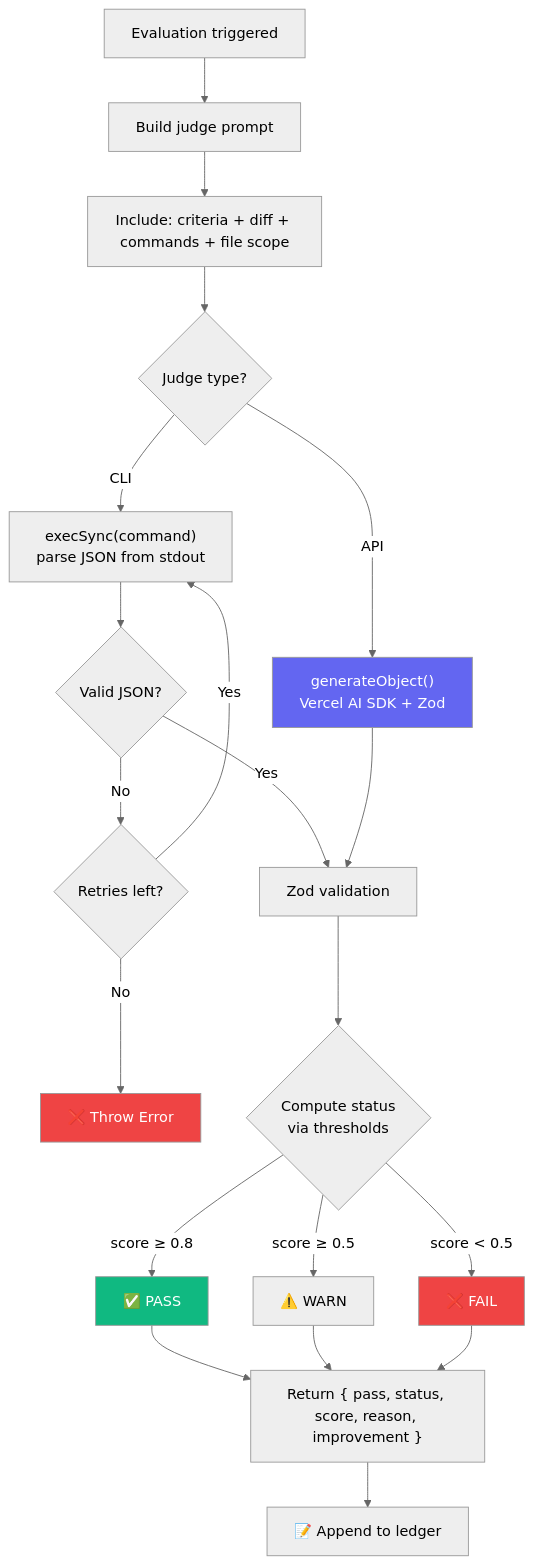
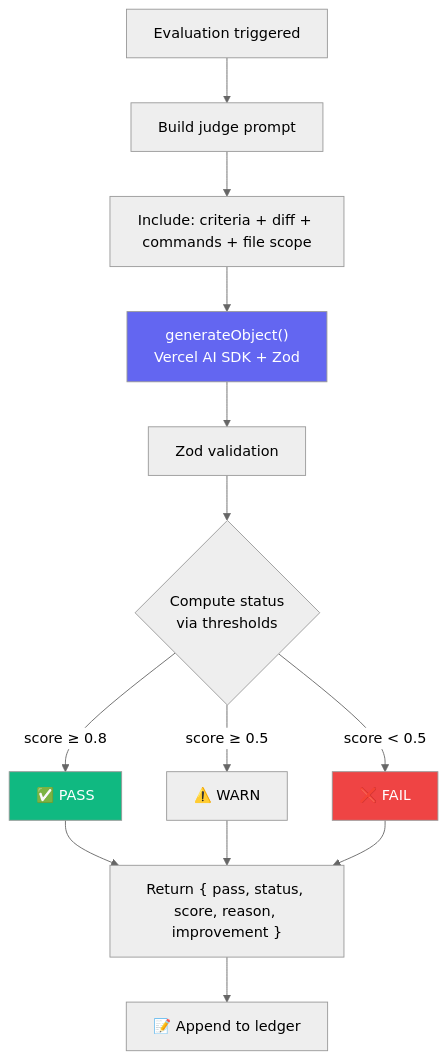
The first of 3 diagrams in apps/docs/guide/judges.md (Tlahey/agent-eval), drawn with Mermaid (neutral theme) before and after one commit. The commit also changed other lines of this file and 16 other files, not shown here.

First line of the commit message:
refactor(judge): remove CLI judge, keep only LLM API path

````diff
--- a/apps/docs/guide/judges.md
+++ b/apps/docs/guide/judges.md
@@ -19,30 +19,21 @@
 ```mermaid
 flowchart TD
     A["Evaluation triggered"] --> B["Build judge prompt"]
     B --> C["Include: criteria + diff + commands + file scope"]
 
-    C --> D{"Judge type?"}
-    D -- API --> E["generateObject()<br/>Vercel AI SDK + Zod"]
-    D -- CLI --> F["execSync(command)<br/>parse JSON from stdout"]
+    C --> E["generateObject()<br/>Vercel AI SDK + Zod"]
 
-    F --> G{"Valid JSON?"}
-    G -- No --> H{"Retries left?"}
-    H -- Yes --> F
-    H -- No --> I["❌ Throw Error"]
-    G -- Yes --> J["Zod validation"]
-
-    E --> J
+    E --> J["Zod validation"]
     J --> K{"Compute status<br/>via thresholds"}
     K -- "score ≥ 0.8" --> L["✅ PASS"]
     K -- "score ≥ 0.5" --> L2["⚠️ WARN"]
     K -- "score < 0.5" --> M["❌ FAIL"]
     L --> N["Return { pass, status, score, reason, improvement }"]
     L2 --> N
     M --> N
     N --> O["📝 Append to ledger"]
 
     style E fill:#6366f1,color:#fff
     style L fill:#10b981,color:#fff
     style M fill:#ef4444,color:#fff
-    style I fill:#ef4444,color:#fff
 ```
````
